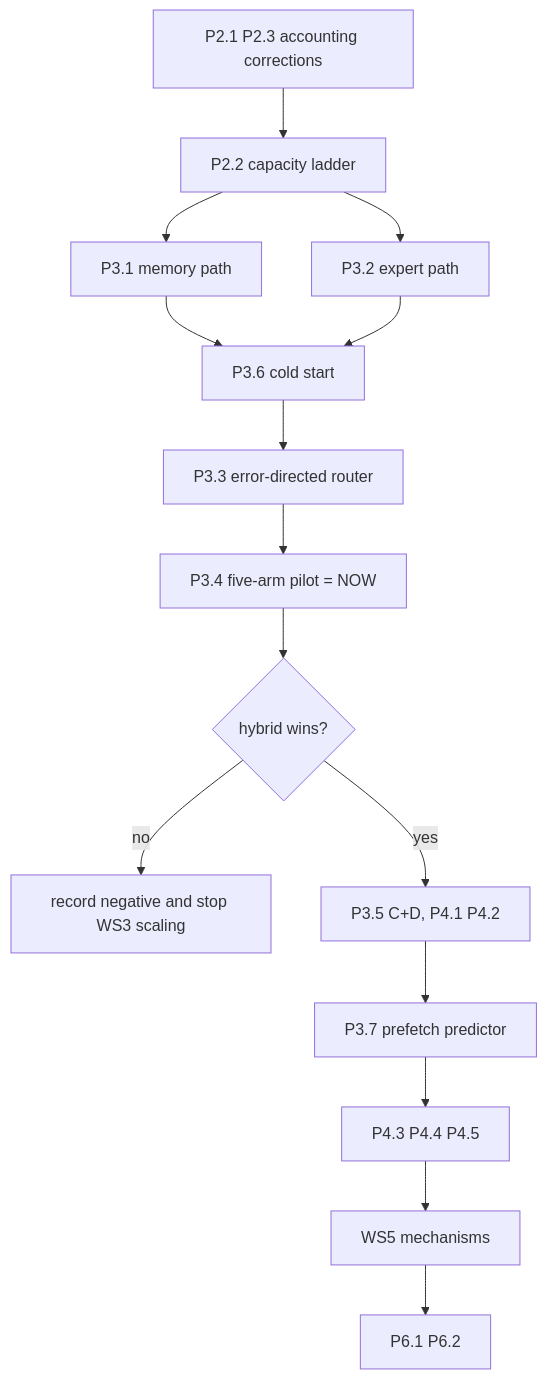
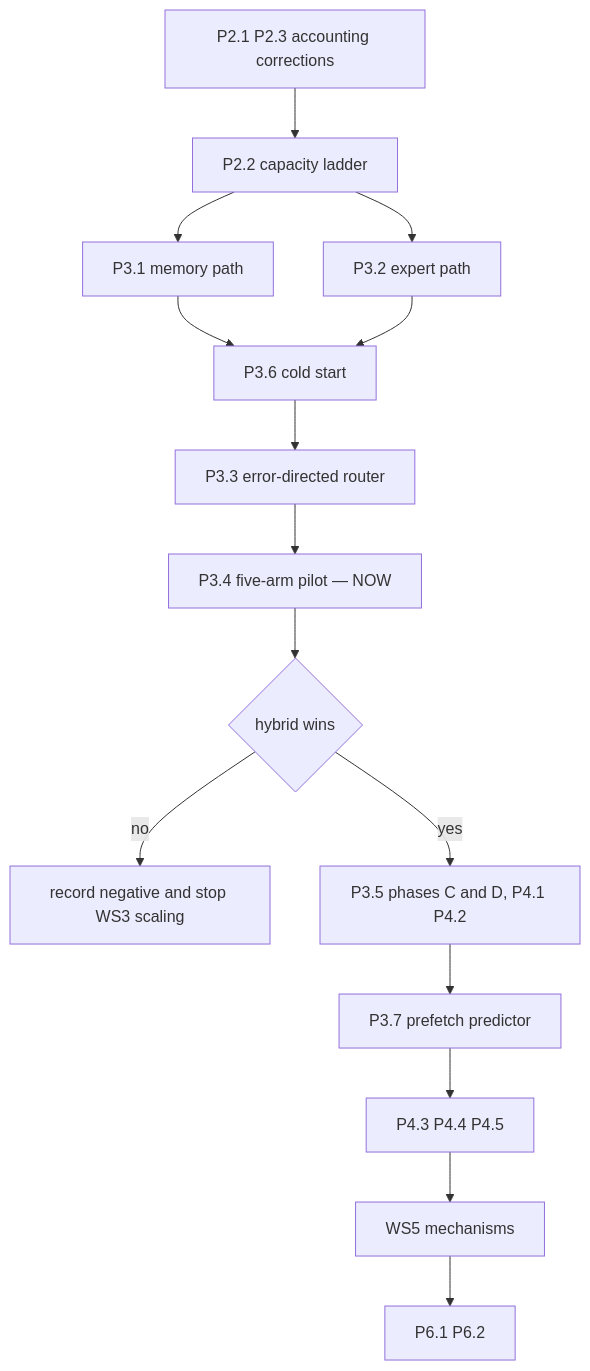
One commit to infinityabundance/SELVEDGE changed the diagram in docs/PROGRAM-PLAN.md. Above: the diagram before and after it, drawn with Mermaid.

Commit message:
Use a mermaid-safe label in the sequencing diagram

````diff
--- a/docs/PROGRAM-PLAN.md
+++ b/docs/PROGRAM-PLAN.md
@@ -844,17 +844,17 @@
 ```mermaid
 flowchart TD
     A[P2.1 P2.3 accounting corrections] --> B[P2.2 capacity ladder]
     B --> C[P3.1 memory path]
     B --> D[P3.2 expert path]
     C --> E[P3.6 cold start]
     D --> E
     E --> F[P3.3 error-directed router]
-    F --> G[P3.4 five-arm pilot = NOW]
-    G --> H{hybrid wins?}
+    F --> G[P3.4 five-arm pilot — NOW]
+    G --> H{hybrid wins}
     H -->|no| I[record negative and stop WS3 scaling]
-    H -->|yes| J[P3.5 C+D, P4.1 P4.2]
+    H -->|yes| J[P3.5 phases C and D, P4.1 P4.2]
     J --> K[P3.7 prefetch predictor]
     K --> L[P4.3 P4.4 P4.5]
     L --> M[WS5 mechanisms]
     M --> N[P6.1 P6.2]
 ```
````
